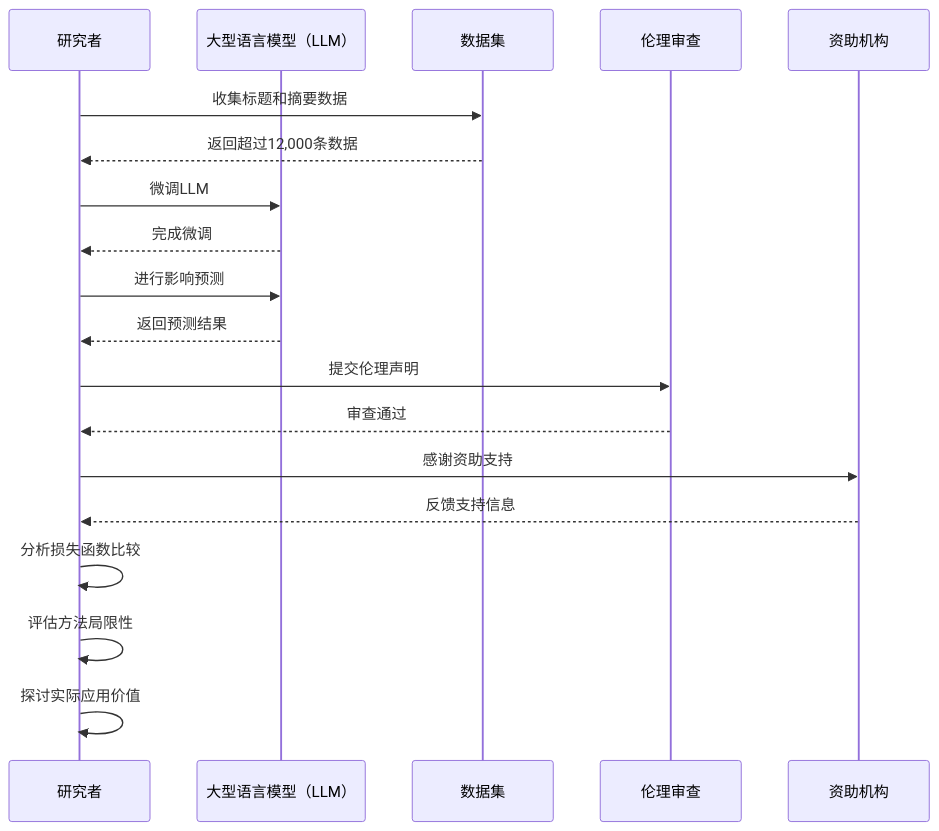
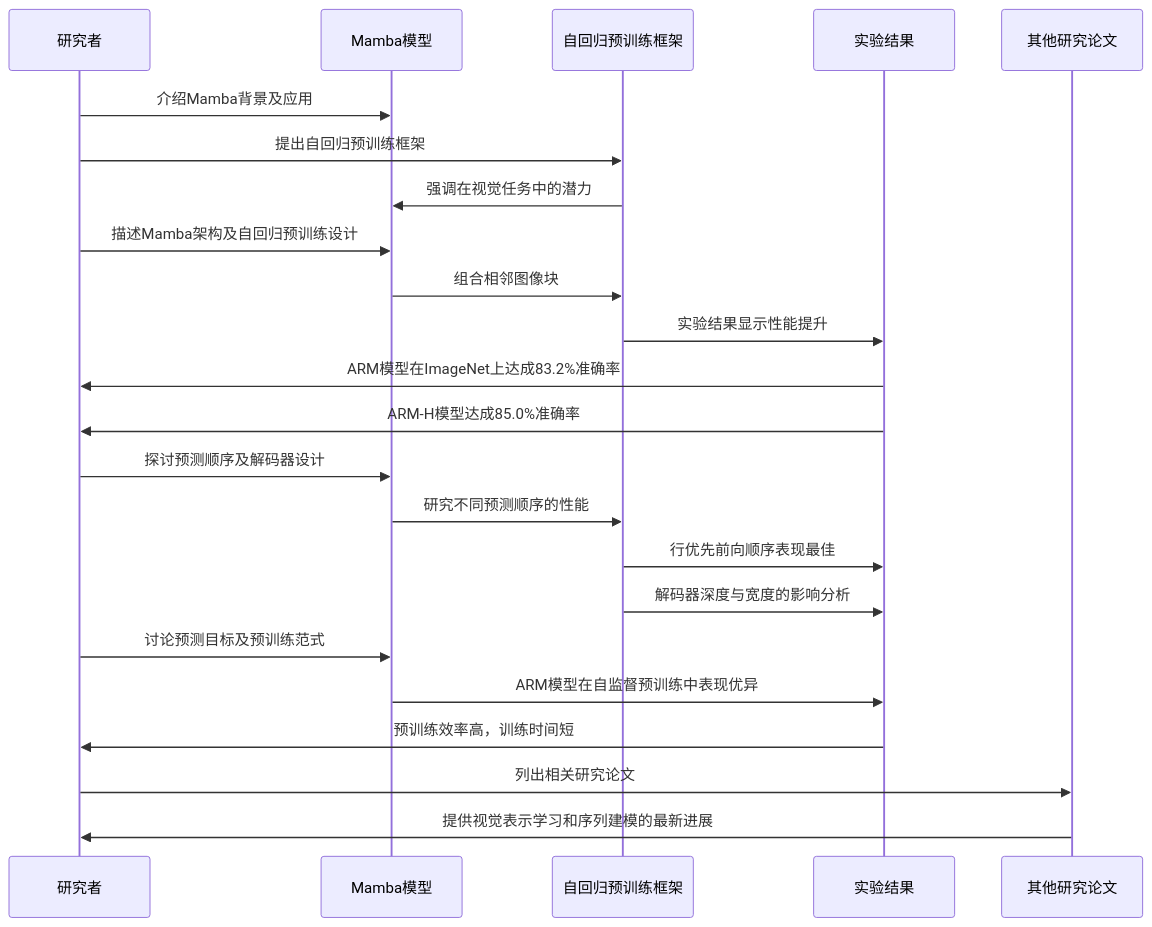
One commit to Fabreque/charles changed diagram 11 of 44 in AI技术类文章.md. Above: the diagram before and after it, drawn with Mermaid. The commit also changed other lines of this file and 6 other files, not shown here.

````diff
--- a/AI技术类文章.md
+++ b/AI技术类文章.md
@@ -479,26 +1049,29 @@
 ```mermaid
 sequenceDiagram
     participant A as 研究者
-    participant B as 大型语言模型（LLM）
-    participant C as 数据集
-    participant D as 伦理审查
-    participant E as 资助机构
+    participant B as Mamba模型
+    participant C as 自回归预训练框架
+    participant D as 实验结果
+    participant E as 其他研究论文
 
-    A->>C: 收集标题和摘要数据
-    C-->>A: 返回超过12,000条数据
-    A->>B: 微调LLM
-    B-->>A: 完成微调
+    A->>B: 介绍Mamba背景及应用
+    A->>C: 提出自回归预训练框架
+    C->>B: 强调在视觉任务中的潜力
+    A->>B: 描述Mamba架构及自回归预训练设计
+    B->>C: 组合相邻图像块
+    C->>D: 实验结果显示性能提升
+    D->>A: ARM模型在ImageNet上达成83.2%准确率
+    D->>A: ARM-H模型达成85.0%准确率
 
-    A->>B: 进行影响预测
-    B-->>A: 返回预测结果
+    A->>B: 探讨预测顺序及解码器设计
+    B->>C: 研究不同预测顺序的性能
+    C->>D: 行优先前向顺序表现最佳
+    C->>D: 解码器深度与宽度的影响分析
 
-    A->>D: 提交伦理声明
-    D-->>A: 审查通过
+    A->>B: 讨论预测目标及预训练范式
+    B->>D: ARM模型在自监督预训练中表现优异
+    D->>A: 预训练效率高，训练时间短
 
-    A->>E: 感谢资助支持
-    E-->>A: 反馈支持信息
-
-    A->>A: 分析损失函数比较
-    A->>A: 评估方法局限性
-    A->>A: 探讨实际应用价值
+    A->>E: 列出相关研究论文
+    E->>A: 提供视觉表示学习和序列建模的最新进展
 ```
````
